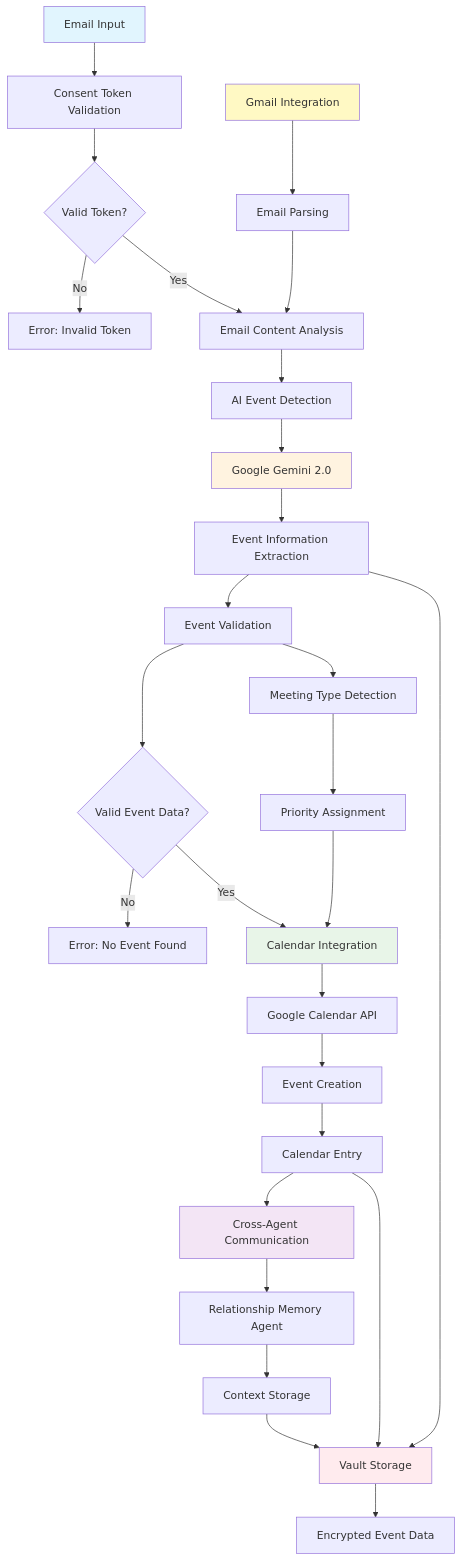
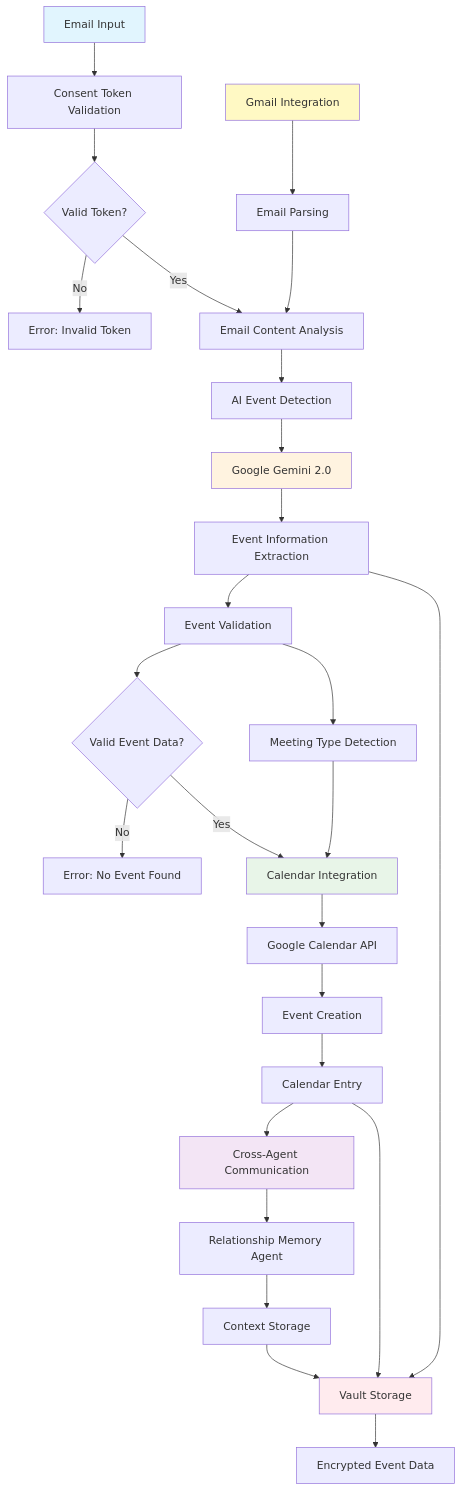
The diagram in hushh_mcp/agents/addtocalendar/readme.md (AAK121/Hushh_Hackathon_Team_Mailer), drawn with Mermaid before and after one commit.

Commit message:
Minor Changes

````diff
--- a/hushh_mcp/agents/addtocalendar/readme.md
+++ b/hushh_mcp/agents/addtocalendar/readme.md
@@ -5,43 +5,42 @@
 ```mermaid
 flowchart TD
     A[Email Input] --> B[Consent Token Validation]
     B --> C{Valid Token?}
     C -->|No| D[Error: Invalid Token]
     C -->|Yes| E[Email Content Analysis]
     
     E --> F[AI Event Detection]
     F --> G[Google Gemini 2.0]
     G --> H[Event Information Extraction]
     
     H --> I[Event Validation]
     I --> J{Valid Event Data?}
     J -->|No| K[Error: No Event Found]
     J -->|Yes| L[Calendar Integration]
     
     L --> M[Google Calendar API]
     M --> N[Event Creation]
     N --> O[Calendar Entry]
     
     O --> P[Cross-Agent Communication]
     P --> Q[Relationship Memory Agent]
     Q --> R[Context Storage]
     
     S[Gmail Integration] --> T[Email Parsing]
     T --> E
     
     U[Vault Storage] --> V[Encrypted Event Data]
     H --> U
     O --> U
     R --> U
     
     I --> X[Meeting Type Detection]
-    X --> Y[Priority Assignment]
-    Y --> L
+    X --> L
     
     style A fill:#e1f5fe
     style G fill:#fff3e0
     style L fill:#e8f5e8
     style P fill:#f3e5f5
     style U fill:#ffebee
     style S fill:#fff9c4
 ```
````
